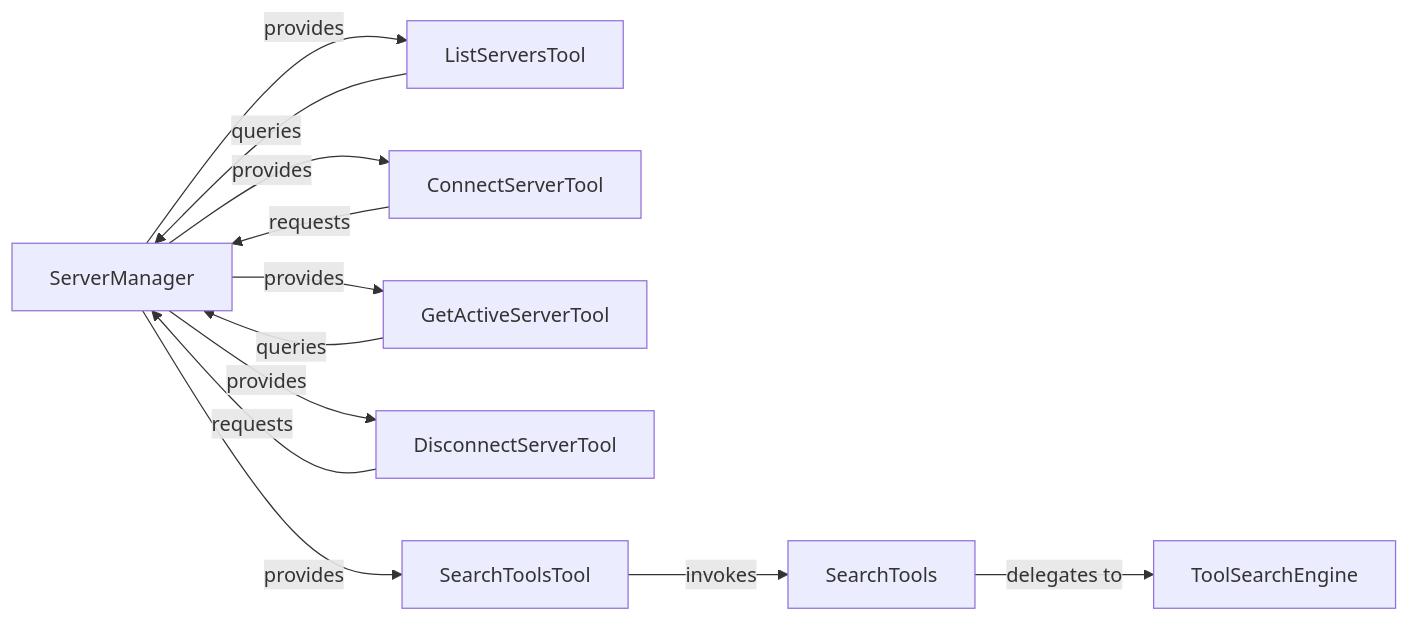
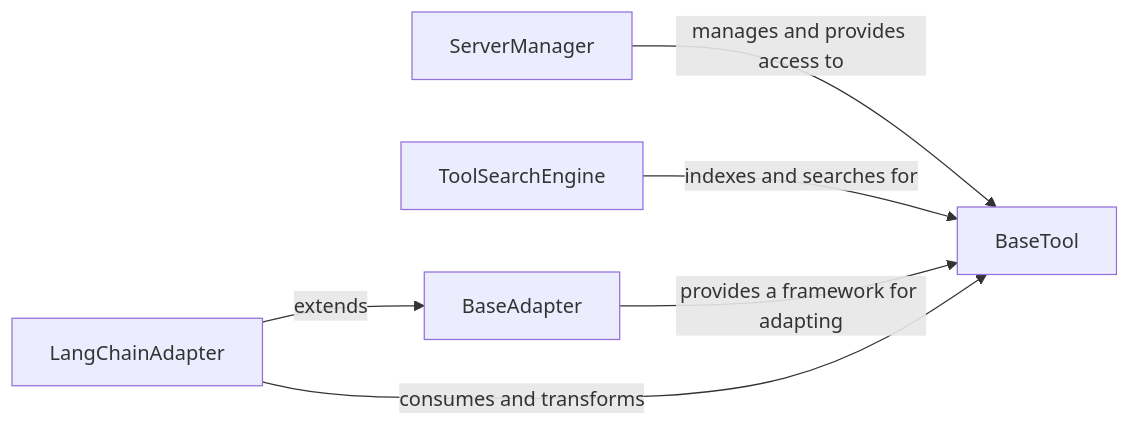
The seventh of 8 diagrams in docs/development/architecture.mdx (mcp-use/mcp-use), drawn with Mermaid before and after one commit. The commit also changed other lines of this file and 30 other files, not shown here.

First line of the commit message:
docs: update codeboarding documentation and generate architecture

````diff
--- a/docs/development/architecture.mdx
+++ b/docs/development/architecture.mdx
@@ -433,22 +364,13 @@
 ```mermaid
 graph LR
+    BaseTool["BaseTool"]
     ServerManager["ServerManager"]
     ToolSearchEngine["ToolSearchEngine"]
-    SearchTools["SearchTools"]
-    ListServersTool["ListServersTool"]
-    ConnectServerTool["ConnectServerTool"]
-    GetActiveServerTool["GetActiveServerTool"]
-    DisconnectServerTool["DisconnectServerTool"]
-    SearchToolsTool["SearchToolsTool"]
-    ServerManager -- "provides" --> ListServersTool
-    ServerManager -- "provides" --> ConnectServerTool
-    ServerManager -- "provides" --> GetActiveServerTool
-    ServerManager -- "provides" --> DisconnectServerTool
-    ServerManager -- "provides" --> SearchToolsTool
-    SearchTools -- "delegates to" --> ToolSearchEngine
-    SearchToolsTool -- "invokes" --> SearchTools
-    ListServersTool -- "queries" --> ServerManager
-    ConnectServerTool -- "requests" --> ServerManager
-    GetActiveServerTool -- "queries" --> ServerManager
-    DisconnectServerTool -- "requests" --> ServerManager
+    BaseAdapter["BaseAdapter"]
+    LangChainAdapter["LangChainAdapter"]
+    ServerManager -- "manages and provides access to" --> BaseTool
+    ToolSearchEngine -- "indexes and searches for" --> BaseTool
+    BaseAdapter -- "provides a framework for adapting" --> BaseTool
+    LangChainAdapter -- "extends" --> BaseAdapter
+    LangChainAdapter -- "consumes and transforms" --> BaseTool
 ```
````
